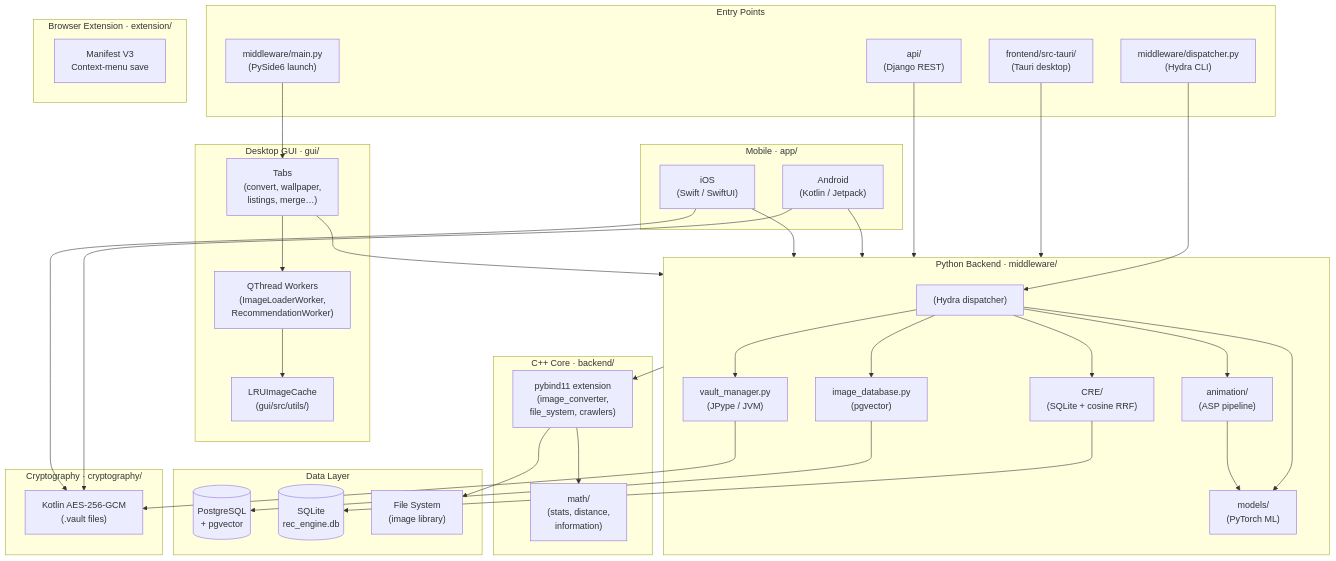
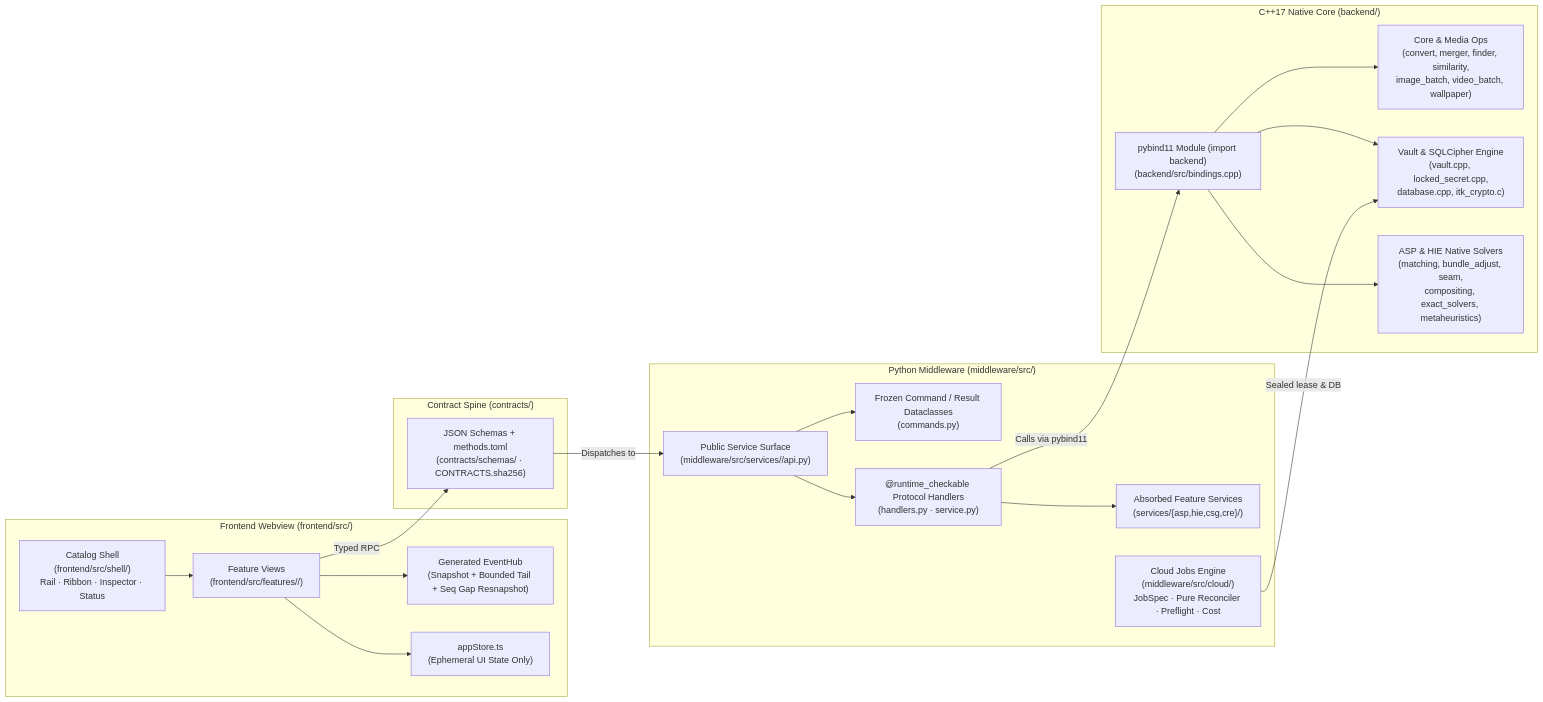
The third of 3 diagrams in docs/ARCHITECTURE.md (ACFHarbinger/Image-Toolkit), drawn with Mermaid before and after one commit. The commit also changed other lines of this file and 28 other files, not shown here.

Commit message:
docs(w0-21): add C4 architecture, ADRs, module contract hash spine, and onboarding guide (#885)

````diff
--- a/docs/ARCHITECTURE.md
+++ b/docs/ARCHITECTURE.md
@@ -8,83 +99,42 @@
 ```mermaid
-flowchart TD
-    subgraph Entry["Entry Points"]
-        MAIN["middleware/main.py\n(PySide6 launch)"]
-        CLI["middleware/dispatcher.py\n(Hydra CLI)"]
-        TAURI["frontend/src-tauri/\n(Tauri desktop)"]
-        API["api/\n(Django REST)"]
+flowchart LR
+    subgraph Frontend_Components["Frontend Webview (frontend/src/)"]
+        Shell["Catalog Shell\n(frontend/src/shell/)\nRail · Ribbon · Inspector · Status"]
+        FeatureView["Feature Views\n(frontend/src/features/<feature>/)"]
+        EventHub["Generated EventHub\n(Snapshot + Bounded Tail + Seq Gap Resnapshot)"]
+        AppStore["appStore.ts\n(Ephemeral UI State Only)"]
+        Shell --> FeatureView
+        FeatureView --> EventHub
+        FeatureView --> AppStore
     end
 
-    subgraph GUI["Desktop GUI  ·  gui/"]
-        TABS["Tabs\n(convert, wallpaper,\nlistings, merge…)"]
-        WORKERS["QThread Workers\n(ImageLoaderWorker,\nRecommendationWorker)"]
-        LRU["LRUImageCache\n(gui/src/utils/)"]
+    subgraph Contracts_Layer["Contract Spine (contracts/)"]
+        Schemas["JSON Schemas + methods.toml\n(contracts/schemas/ · CONTRACTS.sha256)"]
     end
 
-    subgraph Backend["Python Backend  ·  middleware/"]
-        CTRL["(Hydra dispatcher)"]
-        ANIMMOD["animation/\n(ASP pipeline)"]
-        MODELS["models/\n(PyTorch ML)"]
-        DB["image_database.py\n(pgvector)"]
-        VAULT["vault_manager.py\n(JPype / JVM)"]
-        RECENG["CRE/\n(SQLite + cosine RRF)"]
+    subgraph Middleware_Components["Python Middleware (middleware/src/)"]
+        ServiceAPI["Public Service Surface\n(middleware/src/services/<feature>/api.py)"]
+        Commands["Frozen Command / Result Dataclasses\n(commands.py)"]
+        Handlers["@runtime_checkable Protocol Handlers\n(handlers.py · service.py)"]
+        Submodules["Absorbed Feature Services\n(services/{asp,hie,csg,cre}/)"]
+        CloudEngine["Cloud Jobs Engine\n(middleware/src/cloud/)\nJobSpec · Pure Reconciler · Preflight · Cost"]
+        ServiceAPI --> Commands
+        ServiceAPI --> Handlers
+        Handlers --> Submodules
     end
 
-    subgraph CppCore["C++ Core  ·  backend/"]
-        RUST["pybind11 extension\n(image_converter,\nfile_system, crawlers)"]
-        RUSTMATH["math/\n(stats, distance,\ninformation)"]
+    subgraph Cpp_Backend["C++17 Native Core (backend/)"]
+        Bindings["pybind11 Module (import backend)\n(backend/src/bindings.cpp)"]
+        CppCore["Core & Media Ops\n(convert, merger, finder, similarity,\nimage_batch, video_batch, wallpaper)"]
+        CppVault["Vault & SQLCipher Engine\n(vault.cpp, locked_secret.cpp,\ndatabase.cpp, itk_crypto.c)"]
+        CppSolvers["ASP & HIE Native Solvers\n(matching, bundle_adjust, seam,\ncompositing, exact_solvers, metaheuristics)"]
+        Bindings --> CppCore
+        Bindings --> CppVault
+        Bindings --> CppSolvers
     end
 
-    subgraph Data["Data Layer"]
-        PG[("PostgreSQL\n+ pgvector")]
-        SQLITE[("SQLite\nrec_engine.db")]
-        FS["File System\n(image library)"]
-    end
-
-    subgraph Crypto["Cryptography  ·  cryptography/"]
-        KOTLIN_CRYPTO["Kotlin AES-256-GCM\n(.vault files)"]
-    end
-
-    subgraph Mobile["Mobile  ·  app/"]
-        ANDROID["Android\n(Kotlin / Jetpack)"]
-        IOS["iOS\n(Swift / SwiftUI)"]
-    end
-
-    subgraph Ext["Browser Extension  ·  extension/"]
-        EXT["Manifest V3\nContext-menu save"]
-    end
-
-    %% Entry → GUI / Backend
-    MAIN --> TABS
-    CLI --> CTRL
-    TAURI --> Backend
-    API --> Backend
-
-    %% GUI internals
-    TABS --> WORKERS
-    WORKERS --> LRU
-    TABS --> Backend
-
-    %% Backend internals
-    CTRL --> ANIMMOD
-    CTRL --> MODELS
-    ANIMMOD --> MODELS
-    CTRL --> DB
-    DB --> PG
-    CTRL --> RECENG
-    RECENG --> SQLITE
-
-    %% Backend → Rust
-    Backend --> RUST
-    RUST --> FS
-    RUST --> RUSTMATH
-
-    %% Vault
-    CTRL --> VAULT
-    VAULT --> KOTLIN_CRYPTO
-
-    %% Mobile
-    ANDROID --> Backend
-    IOS --> Backend
-    ANDROID --> KOTLIN_CRYPTO
-    IOS --> KOTLIN_CRYPTO
+    FeatureView -->|"Typed RPC"| Schemas
+    Schemas -->|"Dispatches to"| ServiceAPI
+    Handlers -->|"Calls via pybind11"| Bindings
+    CloudEngine -->|"Sealed lease & DB"| CppVault
 ```
````
